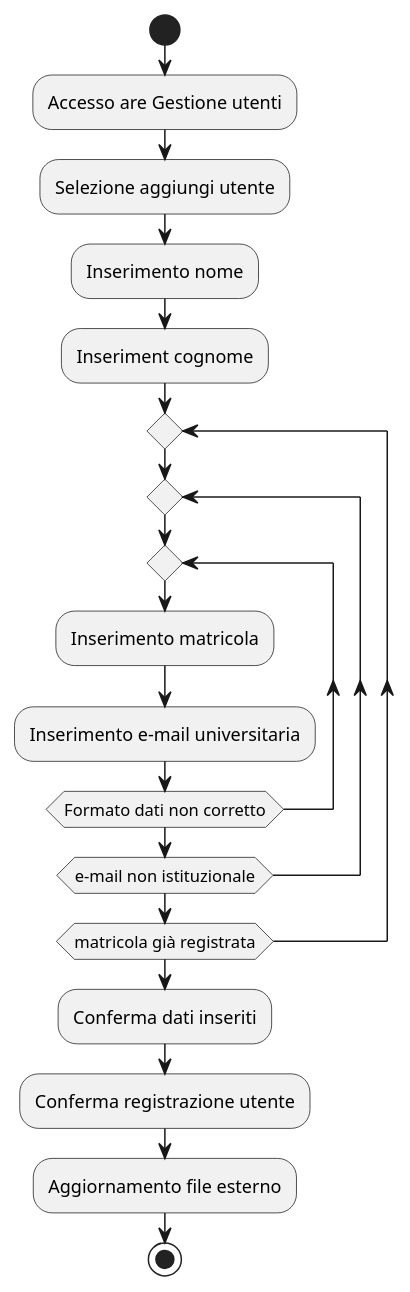
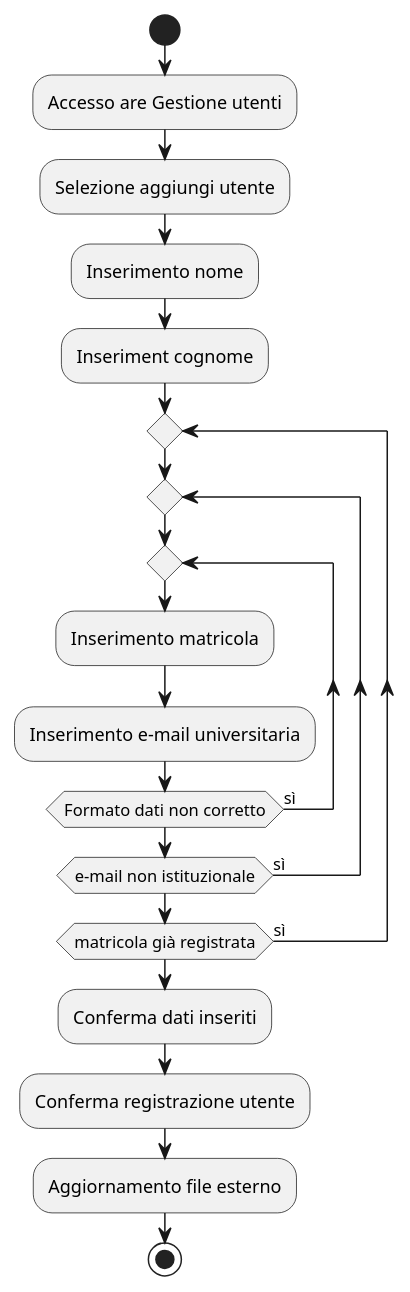
Before and after one commit to amalinconico6-cpu/Biblioteca_universitaria_10: the diagram in Progettazione/AllDiagramsCode/ActivityDiagramsCode/InserimentoUtente.wsd, drawn with PlantUML. The commit also changed 19 other files, not shown here.

```diff
--- a/Progettazione/AllDiagramsCode/ActivityDiagramsCode/InserimentoUtente.wsd
+++ b/Progettazione/AllDiagramsCode/ActivityDiagramsCode/InserimentoUtente.wsd
@@ -1,20 +1,20 @@
 @startuml InserimentoUtente
 start 
 :Accesso are Gestione utenti;
 :Selezione aggiungi utente;
 :Inserimento nome;
 :Inseriment cognome;
 repeat
 repeat 
 repeat
 :Inserimento matricola;
 :Inserimento e-mail universitaria;
-repeat while (Formato dati non corretto)
-repeat while (e-mail non istituzionale)
-repeat while (matricola già registrata)
+repeat while (Formato dati non corretto) is (sì)
+repeat while (e-mail non istituzionale) is (sì)
+repeat while (matricola già registrata) is (sì)
 
 :Conferma dati inseriti;
 :Conferma registrazione utente;
 :Aggiornamento file esterno;
 stop 
 @enduml
```
